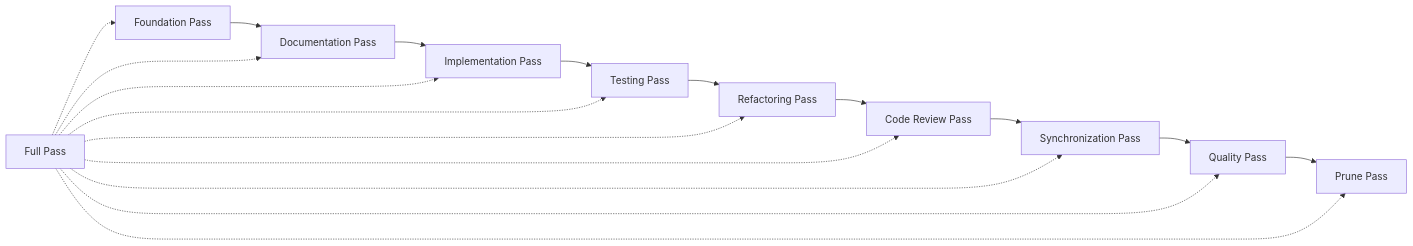
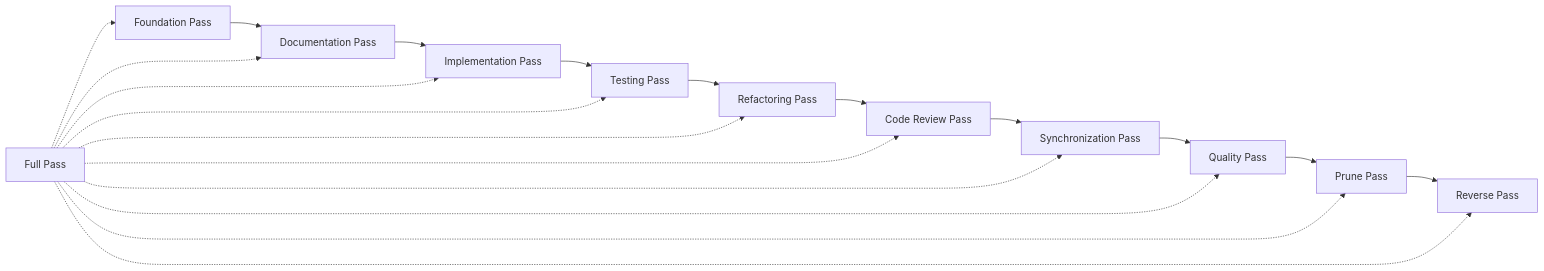
Before and after one commit to ningsuhen/agent3d: the third of 6 diagrams in docs/ARCHITECTURE.md, drawn with Mermaid. The commit also changed other lines of this file and 4 other files, not shown here.

Commit message:
Reverse Pass

````diff
--- a/docs/ARCHITECTURE.md
+++ b/docs/ARCHITECTURE.md
@@ -48,21 +48,23 @@
 ```mermaid
 graph LR
     A[Foundation Pass] --> B[Documentation Pass]
     B --> C[Implementation Pass]
     C --> D[Testing Pass]
     D --> E[Refactoring Pass]
     E --> F[Code Review Pass]
     F --> G[Synchronization Pass]
     G --> H[Quality Pass]
     H --> I[Prune Pass]
+    I --> K[Reverse Pass]
 
     J[Full Pass] -.-> A
     J -.-> B
     J -.-> C
     J -.-> D
     J -.-> E
     J -.-> F
     J -.-> G
     J -.-> H
     J -.-> I
+    J -.-> K
 ```
````
